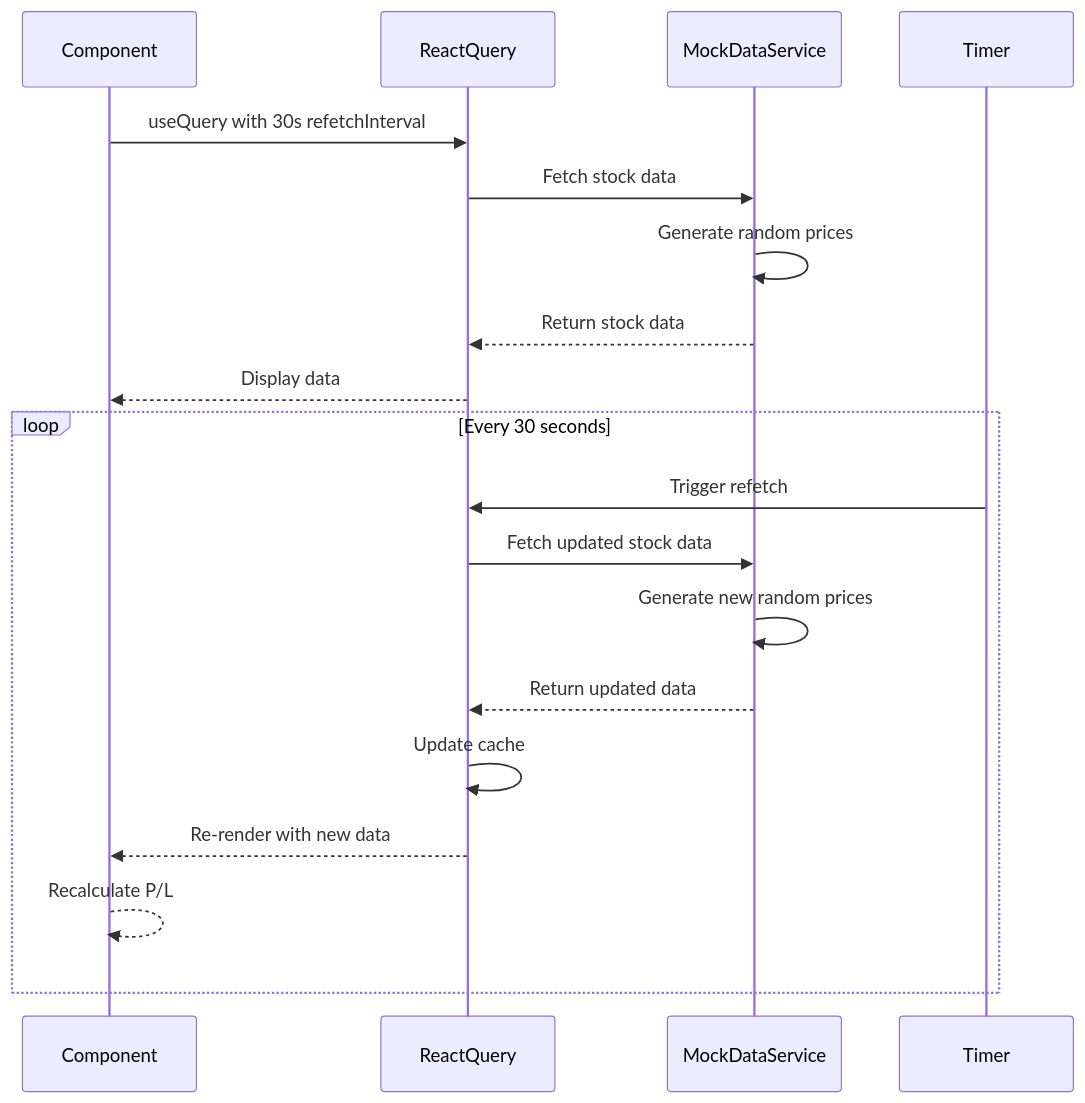
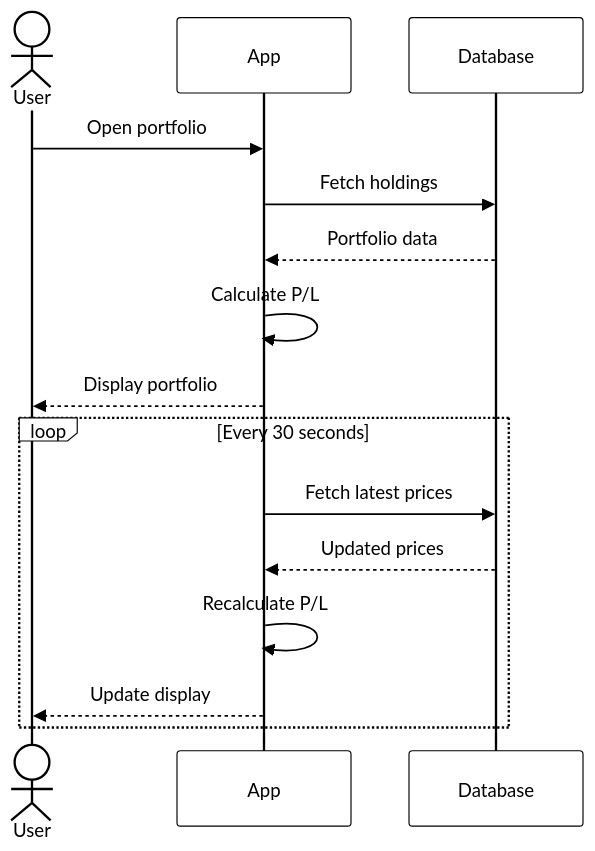
Before and after one commit to shubhamsp012/wallet-stock-quest: the third of 3 diagrams in docs/sequence-diagrams.md, drawn with Mermaid. The commit also changed other lines of this file and 4 other files, not shown here.

Commit message:
Update diagrams for clarity

````diff
--- a/docs/sequence-diagrams.md
+++ b/docs/sequence-diagrams.md
@@ -60,23 +43,20 @@
 ```mermaid
+%%{init: {'theme':'base', 'themeVariables': {'primaryColor':'#fff','primaryTextColor':'#000','primaryBorderColor':'#000','lineColor':'#000','actorBkg':'#fff','actorBorder':'#000','fontSize':'14px'}}}%%
 sequenceDiagram
-    participant Component
-    participant ReactQuery
-    participant MockDataService
-    participant Timer
+    actor User
+    participant App
+    participant Database
     
-    Component->>ReactQuery: useQuery with 30s refetchInterval
-    ReactQuery->>MockDataService: Fetch stock data
-    MockDataService->>MockDataService: Generate random prices
-    MockDataService-->>ReactQuery: Return stock data
-    ReactQuery-->>Component: Display data
+    User->>App: Open portfolio
+    App->>Database: Fetch holdings
+    Database-->>App: Portfolio data
+    App->>App: Calculate P/L
+    App-->>User: Display portfolio
     
     loop Every 30 seconds
-        Timer->>ReactQuery: Trigger refetch
-        ReactQuery->>MockDataService: Fetch updated stock data
-        MockDataService->>MockDataService: Generate new random prices
-        MockDataService-->>ReactQuery: Return updated data
-        ReactQuery->>ReactQuery: Update cache
-        ReactQuery-->>Component: Re-render with new data
-        Component-->>Component: Recalculate P/L
+        App->>Database: Fetch latest prices
+        Database-->>App: Updated prices
+        App->>App: Recalculate P/L
+        App-->>User: Update display
     end
 ```
````
